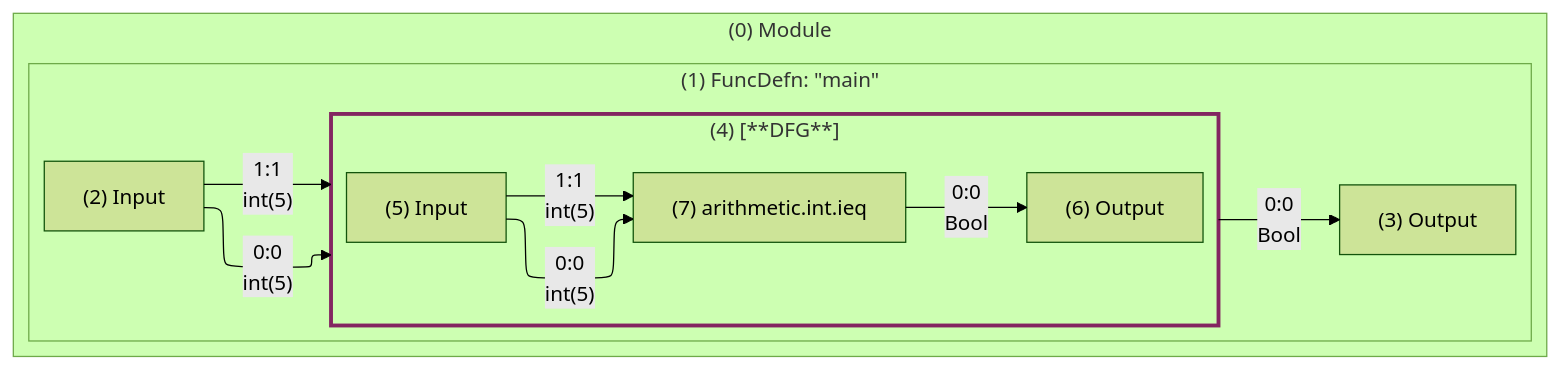
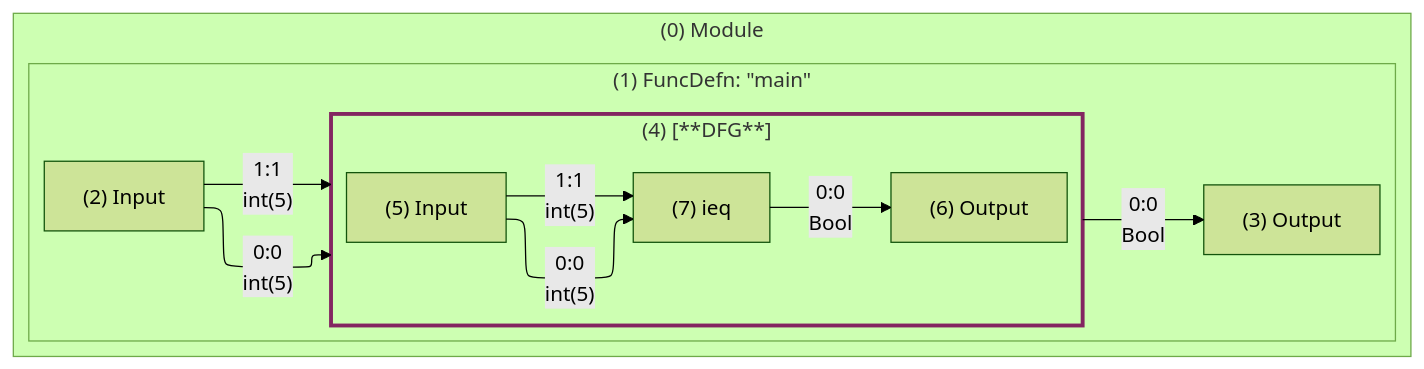
One commit to Quantinuum/hugr changed the diagram in hugr-core/test_type_arg_version.mmd. Above: the diagram before and after it, drawn with Mermaid (forest theme). The commit also changed 1 other file, not shown here.

```diff
--- a/hugr-core/test_type_arg_version.mmd
+++ b/hugr-core/test_type_arg_version.mmd
@@ -1,26 +1,26 @@
 ---
 config:
     layout: elk
 ---
 graph LR
     subgraph 0 ["(0) Module"]
         direction LR
         subgraph 1 ["(1) FuncDefn: #quot;main#quot;"]
             direction LR
             2["(2) Input"]
             3["(3) Output"]
             subgraph 4 ["(4) [**DFG**]"]
                 direction LR
                 style 4 stroke:#832561,stroke-width:3px
                 5["(5) Input"]
                 6["(6) Output"]
-                7["(7) arithmetic.int.ieq"]
+                7["(7) ieq"]
                 5--"0:0<br>int(5)"-->7
                 5--"1:1<br>int(5)"-->7
                 7--"0:0<br>Bool"-->6
             end
             2--"0:0<br>int(5)"-->4
             2--"1:1<br>int(5)"-->4
             4--"0:0<br>Bool"-->3
         end
     end
```
